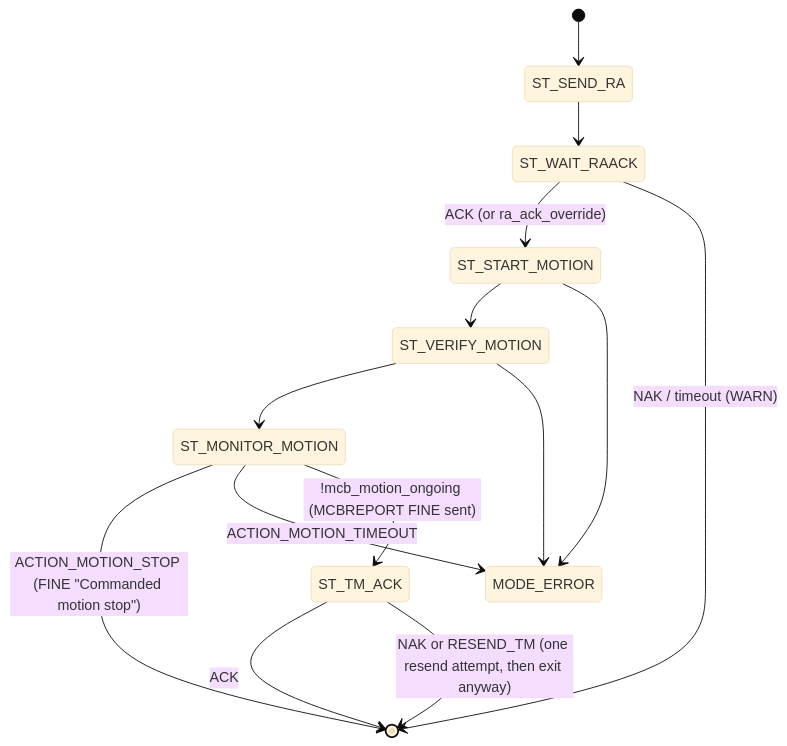
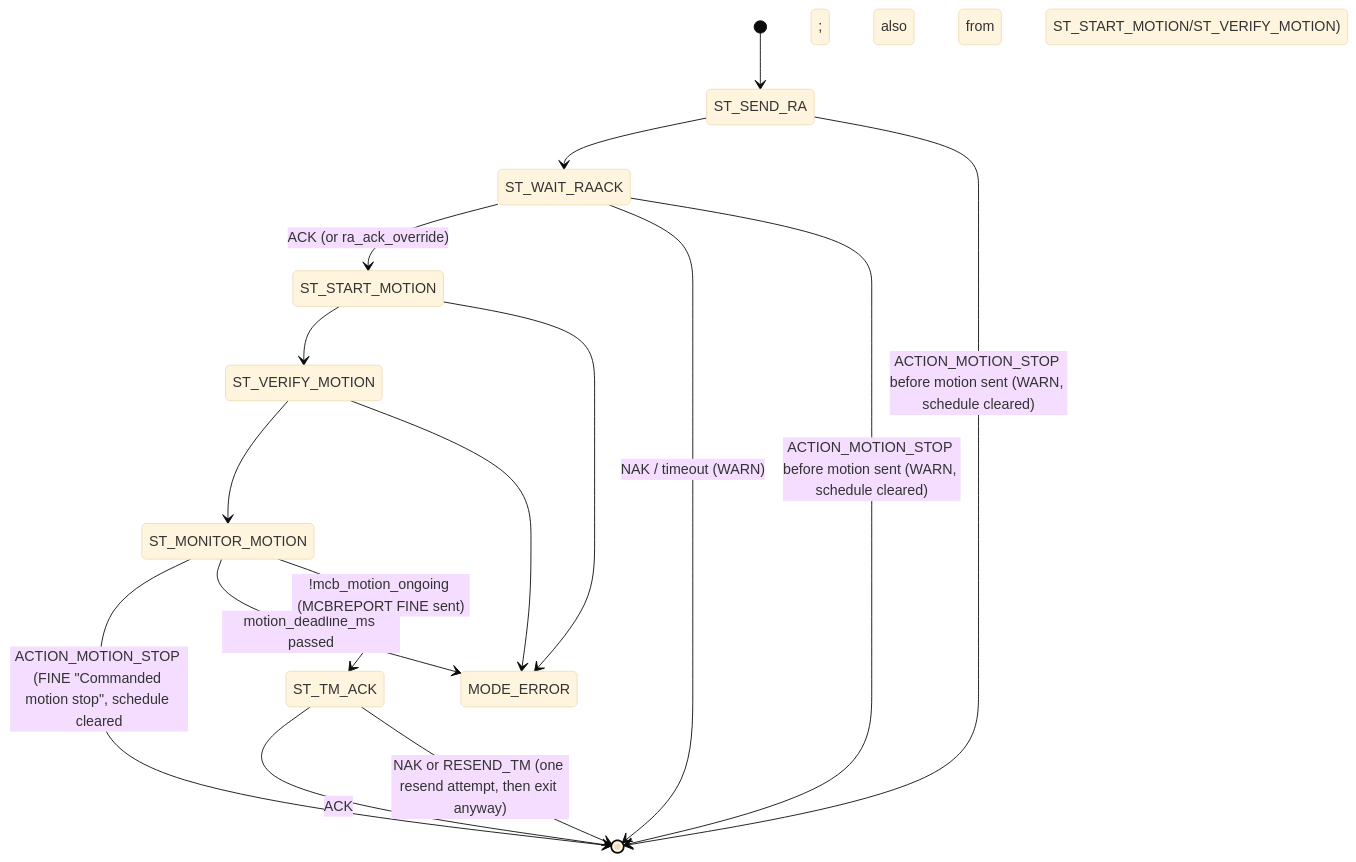
Before and after one commit to kalnajslab-org/StratoCore_RACHUTS: the fifth of 9 diagrams in docs/FlightModeControlFlow.md, drawn with Mermaid (base theme). The commit also changed other lines of this file and 12 other files, not shown here.

````diff
--- a/docs/FlightModeControlFlow.md
+++ b/docs/FlightModeControlFlow.md
@@ -281,16 +289,18 @@
 ```mermaid
 stateDiagram-v2
     [*] --> ST_SEND_RA
     ST_SEND_RA --> ST_WAIT_RAACK
     ST_WAIT_RAACK --> ST_START_MOTION: ACK (or ra_ack_override)
     ST_WAIT_RAACK --> [*]: NAK / timeout (WARN)
     ST_START_MOTION --> ST_VERIFY_MOTION
     ST_START_MOTION --> MODE_ERROR
     ST_VERIFY_MOTION --> ST_MONITOR_MOTION
     ST_VERIFY_MOTION --> MODE_ERROR
-    ST_MONITOR_MOTION --> [*]: ACTION_MOTION_STOP (FINE "Commanded motion stop")
-    ST_MONITOR_MOTION --> MODE_ERROR: ACTION_MOTION_TIMEOUT
+    ST_SEND_RA --> [*]: ACTION_MOTION_STOP before motion sent (WARN, schedule cleared)
+    ST_WAIT_RAACK --> [*]: ACTION_MOTION_STOP before motion sent (WARN, schedule cleared)
+    ST_MONITOR_MOTION --> [*]: ACTION_MOTION_STOP (FINE "Commanded motion stop", schedule cleared; also from ST_START_MOTION/ST_VERIFY_MOTION)
+    ST_MONITOR_MOTION --> MODE_ERROR: motion_deadline_ms passed
     ST_MONITOR_MOTION --> ST_TM_ACK: !mcb_motion_ongoing (MCBREPORT FINE sent)
     ST_TM_ACK --> [*]: ACK
     ST_TM_ACK --> [*]: NAK or RESEND_TM (one resend attempt, then exit anyway)
 ```
````
